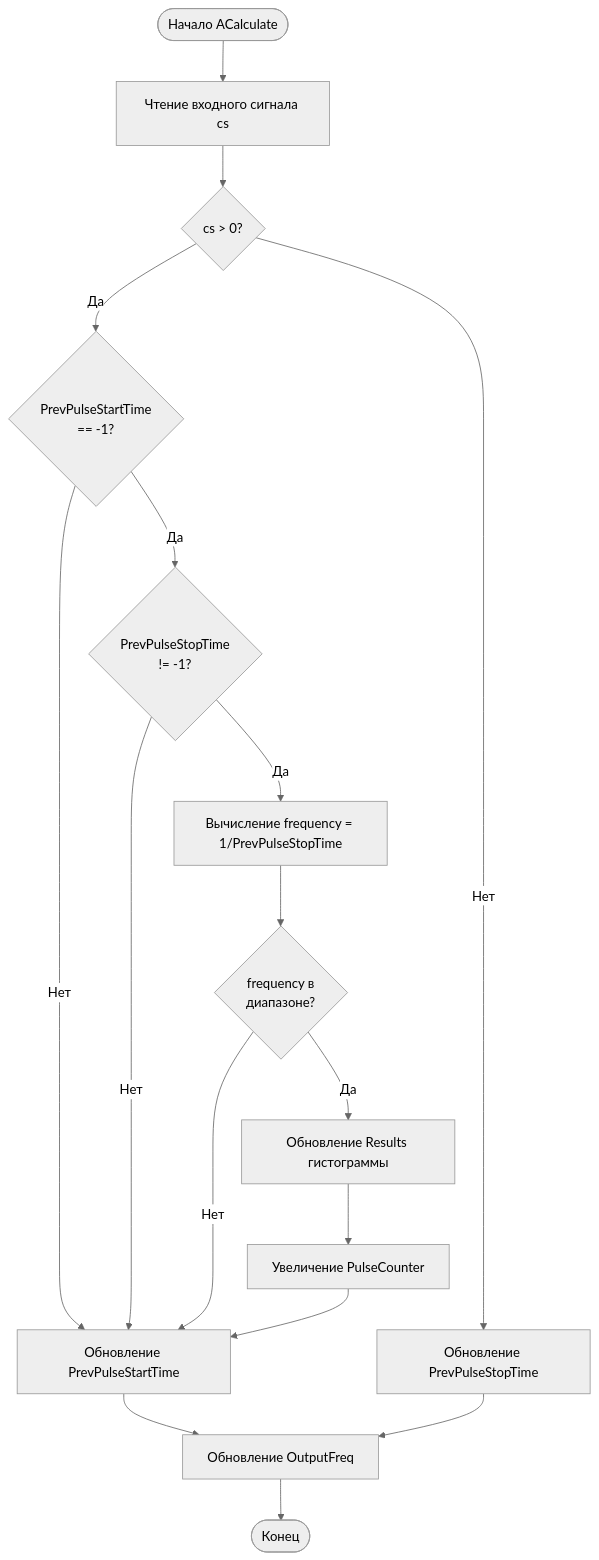
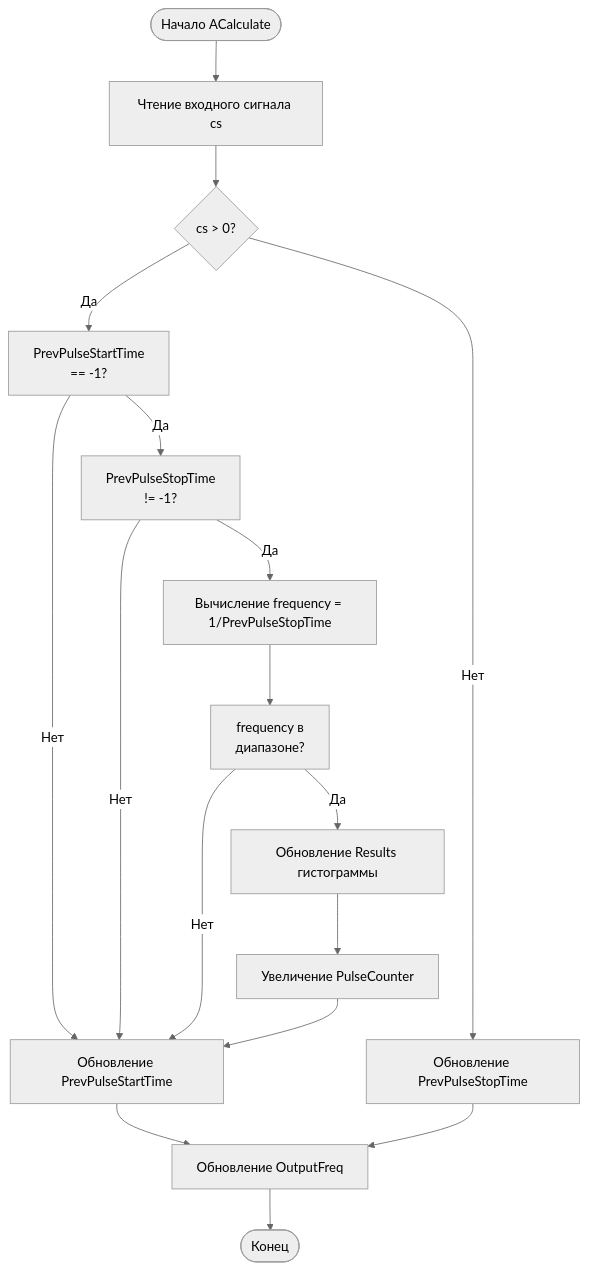
Before and after one commit to aicommunity/Nmsdk-MotionControlLib: the fourth of 5 diagrams in Docs/Components/NFrequencyReceiver.md, drawn with Mermaid (neutral theme). The commit also changed other lines of this file and 39 other files, not shown here.

First line of the commit message:
docs(motion): normalize mermaid node ids with quoted labels

````diff
--- a/Docs/Components/NFrequencyReceiver.md
+++ b/Docs/Components/NFrequencyReceiver.md
@@ -88,19 +88,19 @@
 ```mermaid
 flowchart TD
     Start([Начало ACalculate]) --> ReadInput[Чтение входного сигнала cs]
     ReadInput --> CheckPulse{cs > 0?}
-    CheckPulse -->|Да| CheckStart{PrevPulseStartTime<br/>== -1?}
+    CheckPulse -->|Да| CheckStart["PrevPulseStartTime<br/>== -1?"]
     CheckPulse -->|Нет| UpdateStop[Обновление PrevPulseStopTime]
-    CheckStart -->|Да| CheckStop{PrevPulseStopTime<br/>!= -1?}
+    CheckStart -->|Да| CheckStop["PrevPulseStopTime<br/>!= -1?"]
     CheckStart -->|Нет| UpdateStart[Обновление PrevPulseStartTime]
     CheckStop -->|Да| CalcFreq[Вычисление frequency = 1/PrevPulseStopTime]
     CheckStop -->|Нет| UpdateStart
-    CalcFreq --> CheckRange{frequency в<br/>диапазоне?}
+    CalcFreq --> CheckRange["frequency в<br/>диапазоне?"]
     CheckRange -->|Да| UpdateHistogram[Обновление Results гистограммы]
     CheckRange -->|Нет| UpdateStart
     UpdateHistogram --> IncrementCounter[Увеличение PulseCounter]
     IncrementCounter --> UpdateStart
     UpdateStart --> UpdateOutput[Обновление OutputFreq]
     UpdateStop --> UpdateOutput
     UpdateOutput --> End([Конец])
 ```
````
